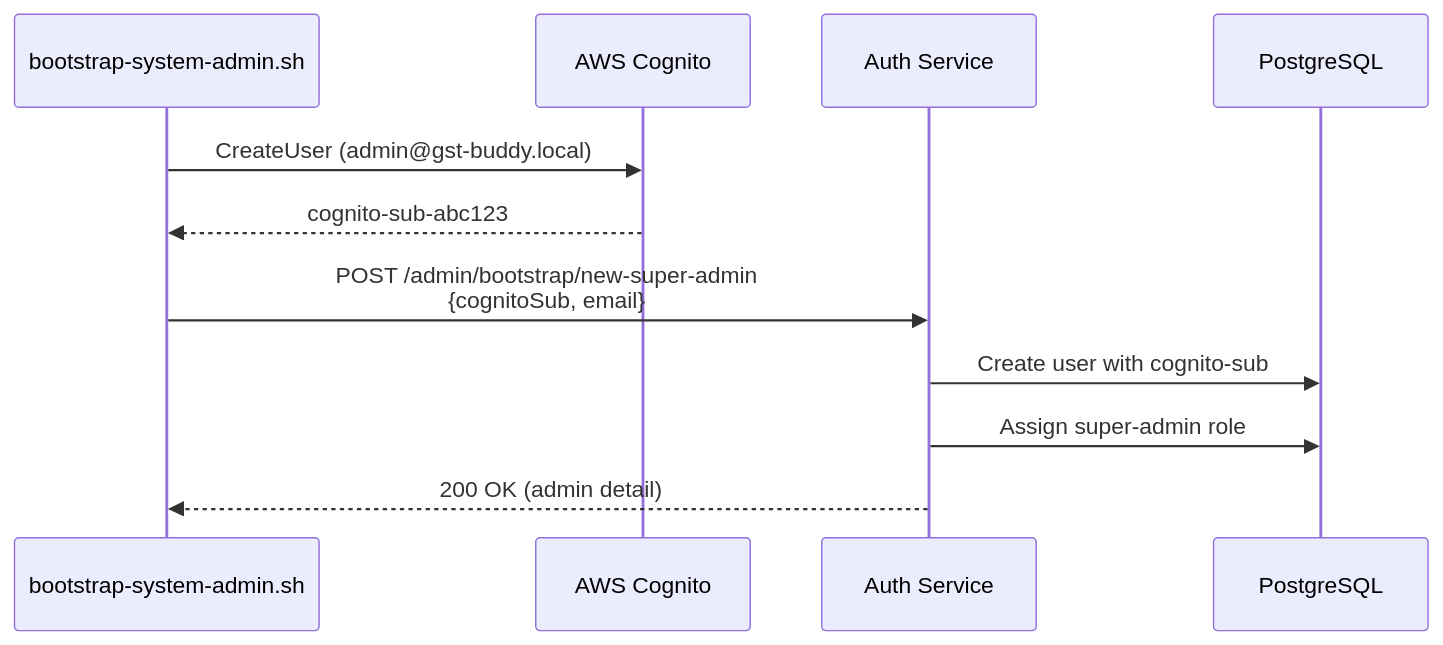
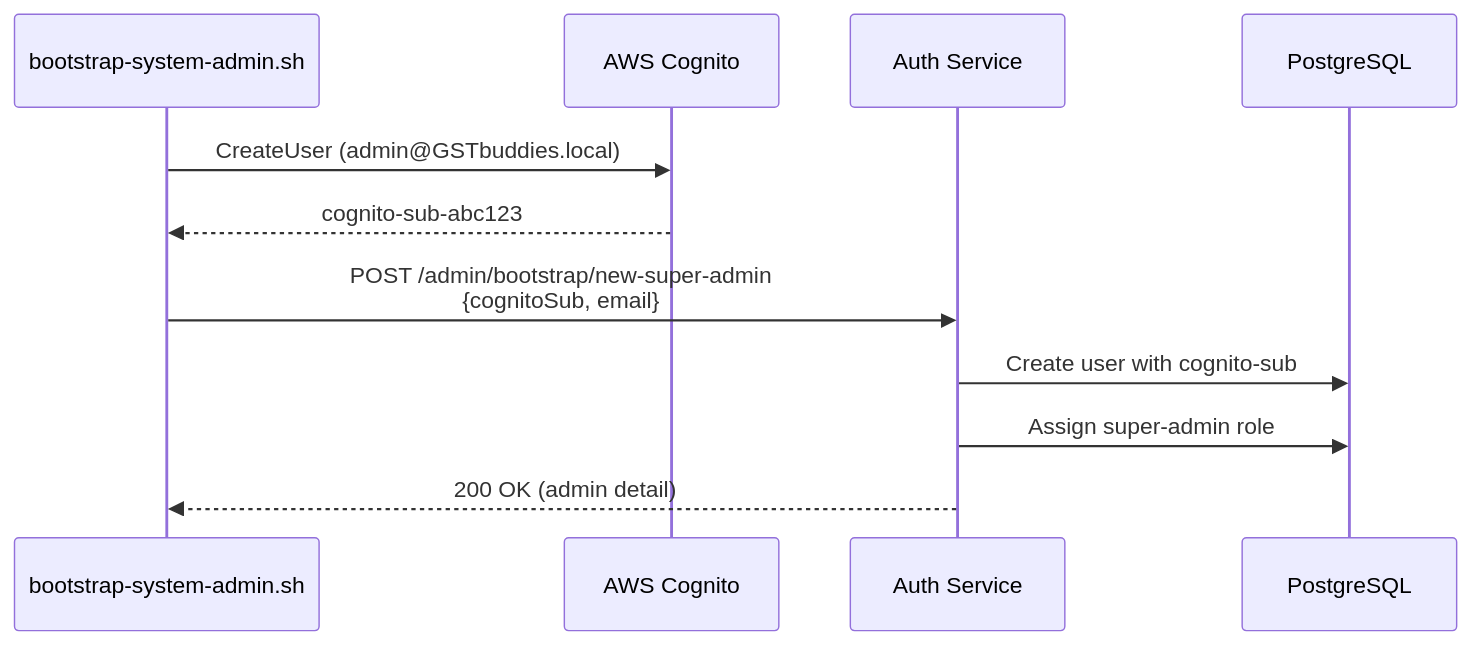
One commit to pawanraocse/gst-buddy changed the second of 2 diagrams in docs/ADMIN_PANEL.md. Above: the diagram before and after it, drawn with Mermaid. The commit also changed other lines of this file and 101 other files, not shown here.

Commit message:
fix: update project name from 'gst-buddy' to 'GSTbuddies' across all configurations and scripts

````diff
--- a/docs/ADMIN_PANEL.md
+++ b/docs/ADMIN_PANEL.md
@@ -103,14 +103,14 @@
 ```mermaid
 sequenceDiagram
     participant Script as bootstrap-system-admin.sh
     participant Cognito as AWS Cognito
     participant AuthService as Auth Service
     participant DB as PostgreSQL
 
-    Script->>Cognito: CreateUser (admin@gst-buddy.local)
+    Script->>Cognito: CreateUser (admin@GSTbuddies.local)
     Cognito-->>Script: cognito-sub-abc123
     Script->>AuthService: POST /admin/bootstrap/new-super-admin<br/>{cognitoSub, email}
     AuthService->>DB: Create user with cognito-sub
     AuthService->>DB: Assign super-admin role
     AuthService-->>Script: 200 OK (admin detail)
 ```
````
